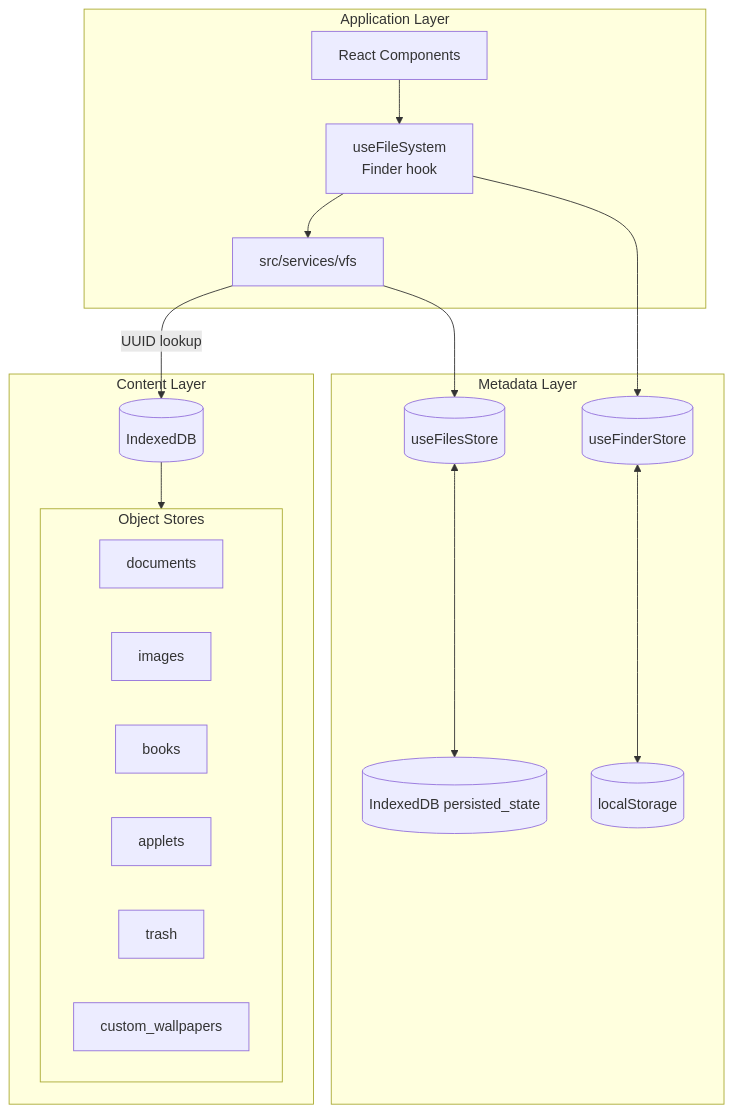
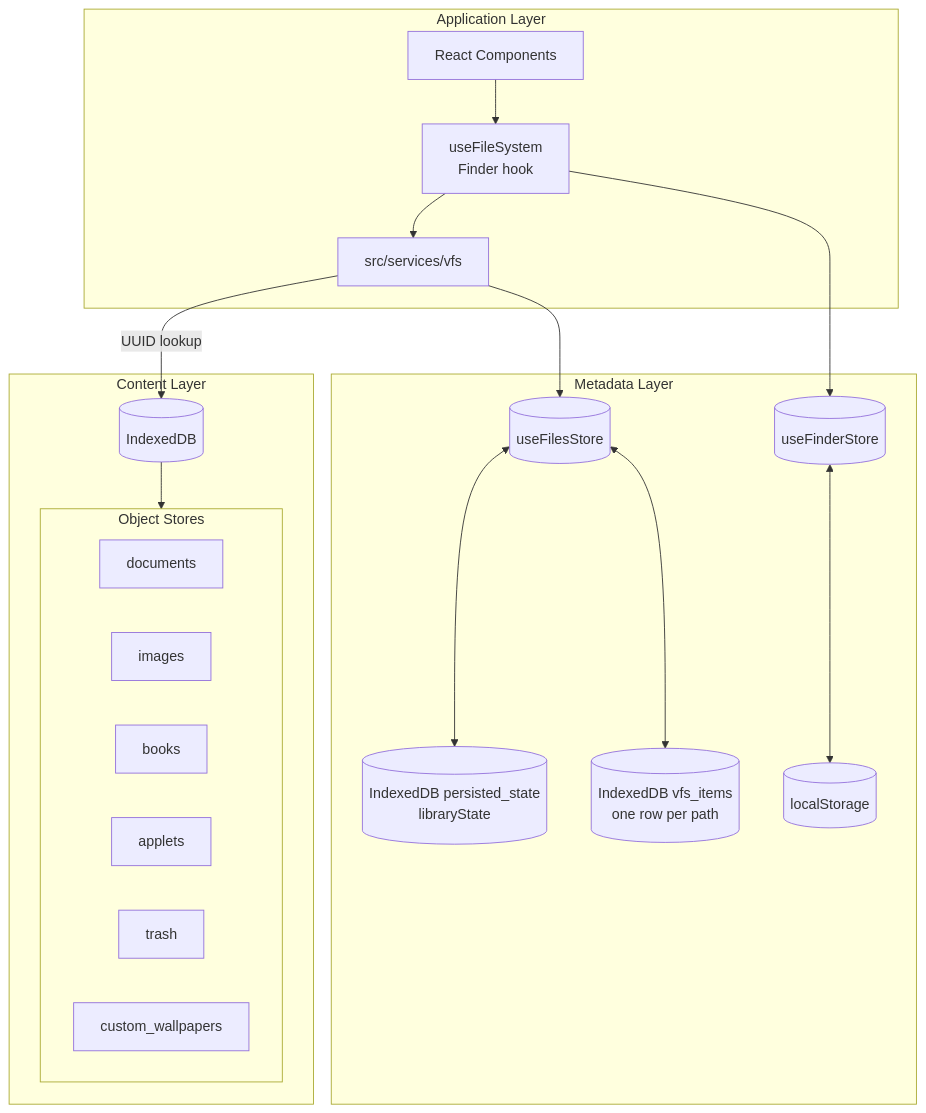
One commit to ryokun6/ryos changed the first of 2 diagrams in docs/5-file-system.md. Above: the diagram before and after it, drawn with Mermaid. The commit also changed other lines of this file and 45 other files, not shown here.

````diff
--- a/docs/5-file-system.md
+++ b/docs/5-file-system.md
@@ -11,36 +11,38 @@
 ```mermaid
 graph TB
     subgraph Application["Application Layer"]
         App[React Components]
         Hook[useFileSystem<br/>Finder hook]
         Service[src/services/vfs]
     end
     
     subgraph Metadata["Metadata Layer"]
         FilesStore[(useFilesStore)]
         FinderStore[(useFinderStore)]
-        PersistedState[(IndexedDB persisted_state)]
+        PersistedState[(IndexedDB persisted_state<br/>libraryState)]
+        VfsItems[(IndexedDB vfs_items<br/>one row per path)]
         LocalStorage[(localStorage)]
     end
     
     subgraph Content["Content Layer"]
         IDB[(IndexedDB)]
         subgraph Stores["Object Stores"]
             Docs[documents]
             Imgs[images]
             Books[books]
             Apps[applets]
             Trash[trash]
             Wall[custom_wallpapers]
         end
     end
     
     App --> Hook
     Hook --> Service
     Service --> FilesStore
     Hook --> FinderStore
     FilesStore <--> PersistedState
+    FilesStore <--> VfsItems
     FinderStore <--> LocalStorage
     Service -->|"UUID lookup"| IDB
     IDB --> Stores
 ```
````
